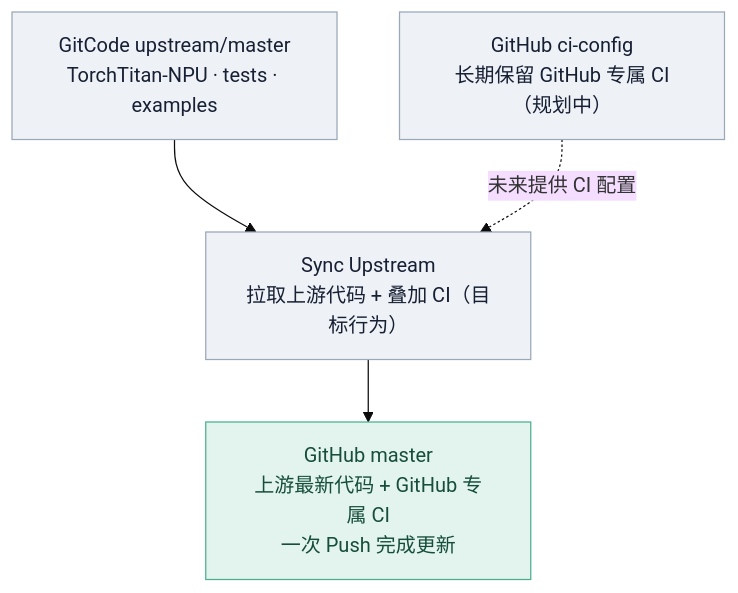
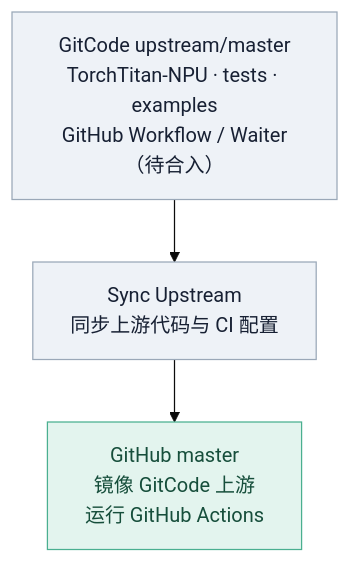
The first of 2 diagrams in README.md (depeng1994/lite-actions), drawn with Mermaid (base theme) before and after one commit. The commit also changed other lines of this file, not shown here.

Commit message:
docs: describe GitCode upstream as the sole CI config source

````diff
--- a/README.md
+++ b/README.md
@@ -9,14 +9,11 @@
 ```mermaid
 flowchart TB
-    U["GitCode upstream/master<br/>TorchTitan-NPU · tests · examples"]
-    C["GitHub ci-config<br/>长期保留 GitHub 专属 CI（规划中）"]
-    S["Sync Upstream<br/>拉取上游代码 + 叠加 CI（目标行为）"]
-    M["GitHub master<br/>上游最新代码 + GitHub 专属 CI<br/>一次 Push 完成更新"]
-    U --> S
-    C -. "未来提供 CI 配置" .-> S
-    S --> M
+    U["GitCode upstream/master<br/>TorchTitan-NPU · tests · examples<br/>GitHub Workflow / Waiter（待合入）"]
+    S["Sync Upstream<br/>同步上游代码与 CI 配置"]
+    M["GitHub master<br/>镜像 GitCode 上游<br/>运行 GitHub Actions"]
+    U --> S --> M
     classDef base fill:#eef2f7,stroke:#9aa8b8,color:#172033;
     classDef target fill:#e3f4ee,stroke:#4aaf90,color:#164e3b;
-    class U,C,S base;
+    class U,S base;
     class M target;
 ```
````
